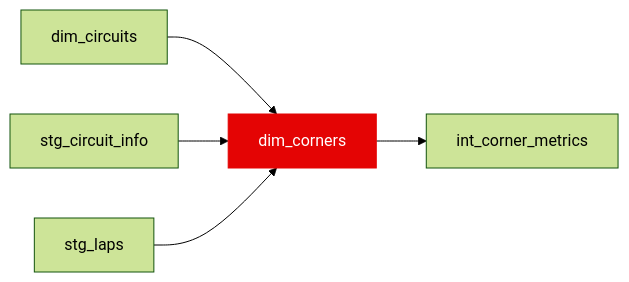
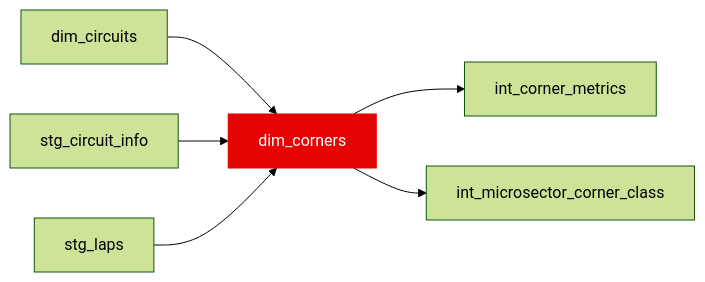
Before and after one commit to JustinClarke/off-the-pace: the diagram in docs/reference/models/dim/dim_corners.mdx, drawn with Mermaid (forest theme). The commit also changed 286 other files, not shown here.

````diff
--- a/docs/reference/models/dim/dim_corners.mdx
+++ b/docs/reference/models/dim/dim_corners.mdx
@@ -15,8 +15,9 @@
 ```mermaid
 flowchart LR
   dim_circuits --> dim_corners
   stg_circuit_info --> dim_corners
   stg_laps --> dim_corners
   dim_corners --> int_corner_metrics
+  dim_corners --> int_microsector_corner_class
   style dim_corners fill:#e40404,stroke:#e40404,color:#fff
 ```
````
